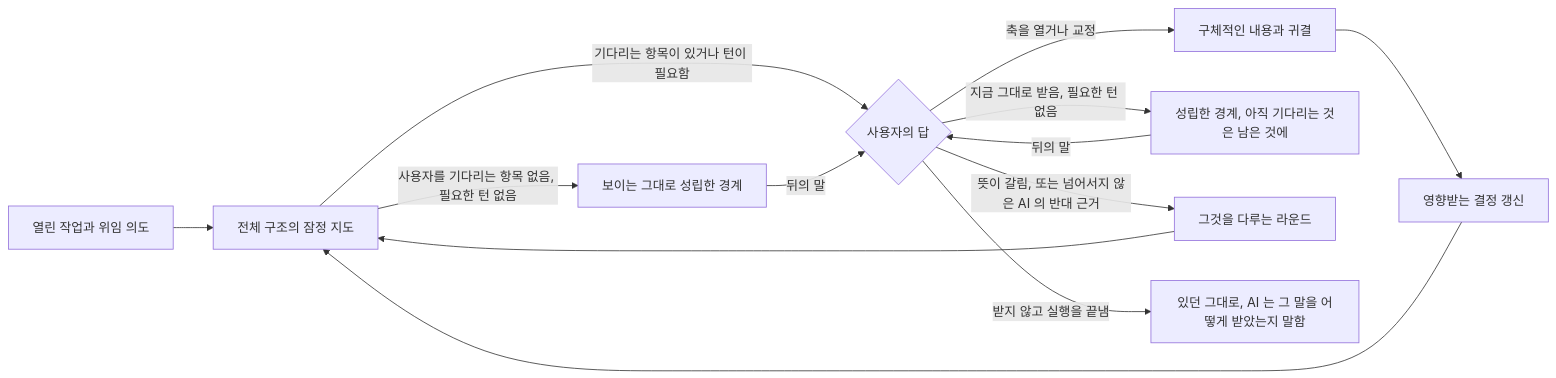
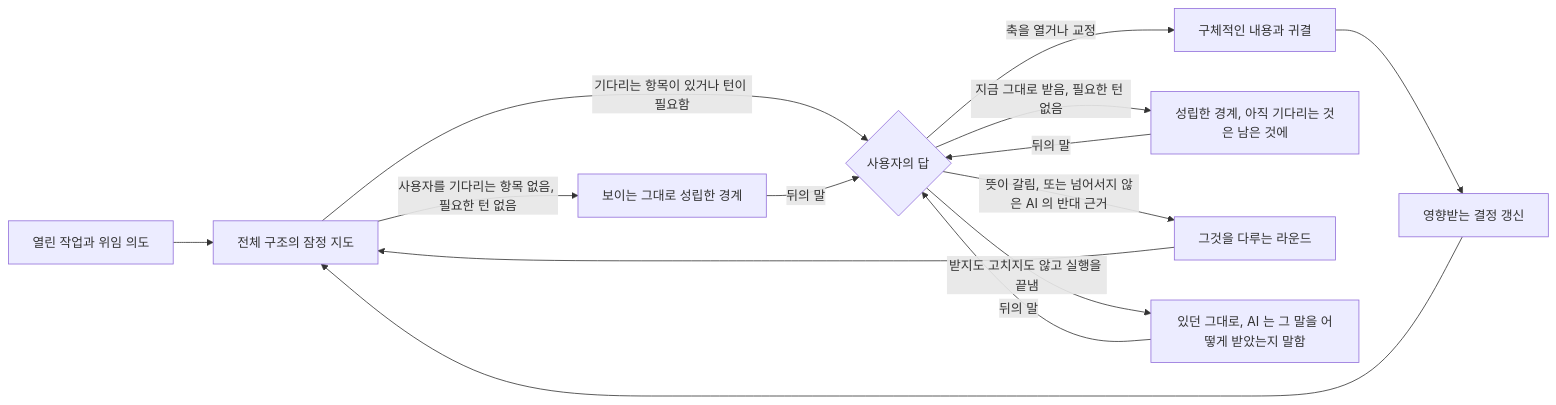
Before and after one commit to jongwony/epistemic-protocols: the diagram in horismos/README_ko.md, drawn with Mermaid. The commit also changed other lines of this file and 3 other files, not shown here.

````diff
--- a/horismos/README_ko.md
+++ b/horismos/README_ko.md
@@ -9,15 +9,16 @@
 ```mermaid
 flowchart LR
     A[열린 작업과 위임 의도] --> B[전체 구조의 잠정 지도]
     B -->|사용자를 기다리는 항목 없음, 필요한 턴 없음| G[보이는 그대로 성립한 경계]
     B -->|기다리는 항목이 있거나 턴이 필요함| C{사용자의 답}
     C -->|축을 열거나 교정| D[구체적인 내용과 귀결]
     D --> E[영향받는 결정 갱신]
     E --> B
     C -->|지금 그대로 받음, 필요한 턴 없음| F[성립한 경계, 아직 기다리는 것은 남은 것에]
     C -->|뜻이 갈림, 또는 넘어서지 않은 AI 의 반대 근거| H[그것을 다루는 라운드]
     H --> B
-    C -->|받지 않고 실행을 끝냄| K[있던 그대로, AI 는 그 말을 어떻게 받았는지 말함]
+    C -->|받지도 고치지도 않고 실행을 끝냄| K[있던 그대로, AI 는 그 말을 어떻게 받았는지 말함]
+    K -->|뒤의 말| C
     F -->|뒤의 말| C
     G -->|뒤의 말| C
 ```
````
